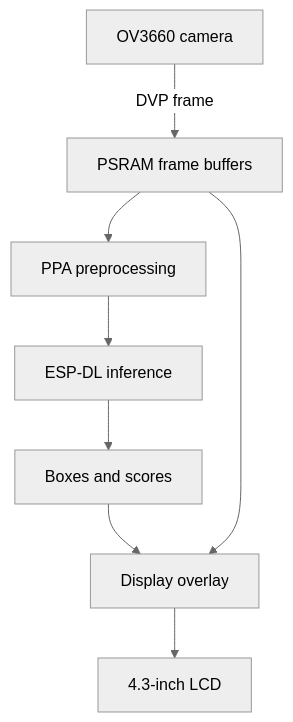
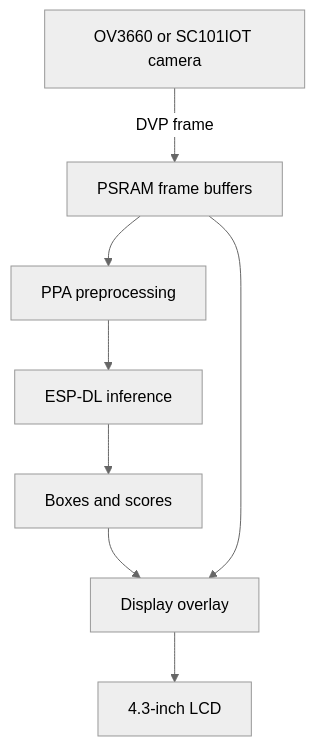
One commit to espressif/developer-portal changed the diagram in content/workshops/introduction-to-esp32-s31-with-vision/introduction/index.md. Above: the diagram before and after it, drawn with Mermaid (neutral theme). The commit also changed other lines of this file and 26 other files, not shown here.

````diff
--- a/content/workshops/introduction-to-esp32-s31-with-vision/introduction/index.md
+++ b/content/workshops/introduction-to-esp32-s31-with-vision/introduction/index.md
@@ -72,10 +81,10 @@
 ```mermaid
 graph TD
-    Camera[OV3660 camera] -->|DVP frame| Memory[PSRAM frame buffers]
+    Camera[OV3660 or SC101IOT camera] -->|DVP frame| Memory[PSRAM frame buffers]
     Memory --> PPA[PPA preprocessing]
     PPA --> ESPDL[ESP-DL inference]
     ESPDL --> Results[Boxes and scores]
     Results --> Overlay[Display overlay]
     Memory --> Overlay
     Overlay --> LCD[4.3-inch LCD]
 ```
````
